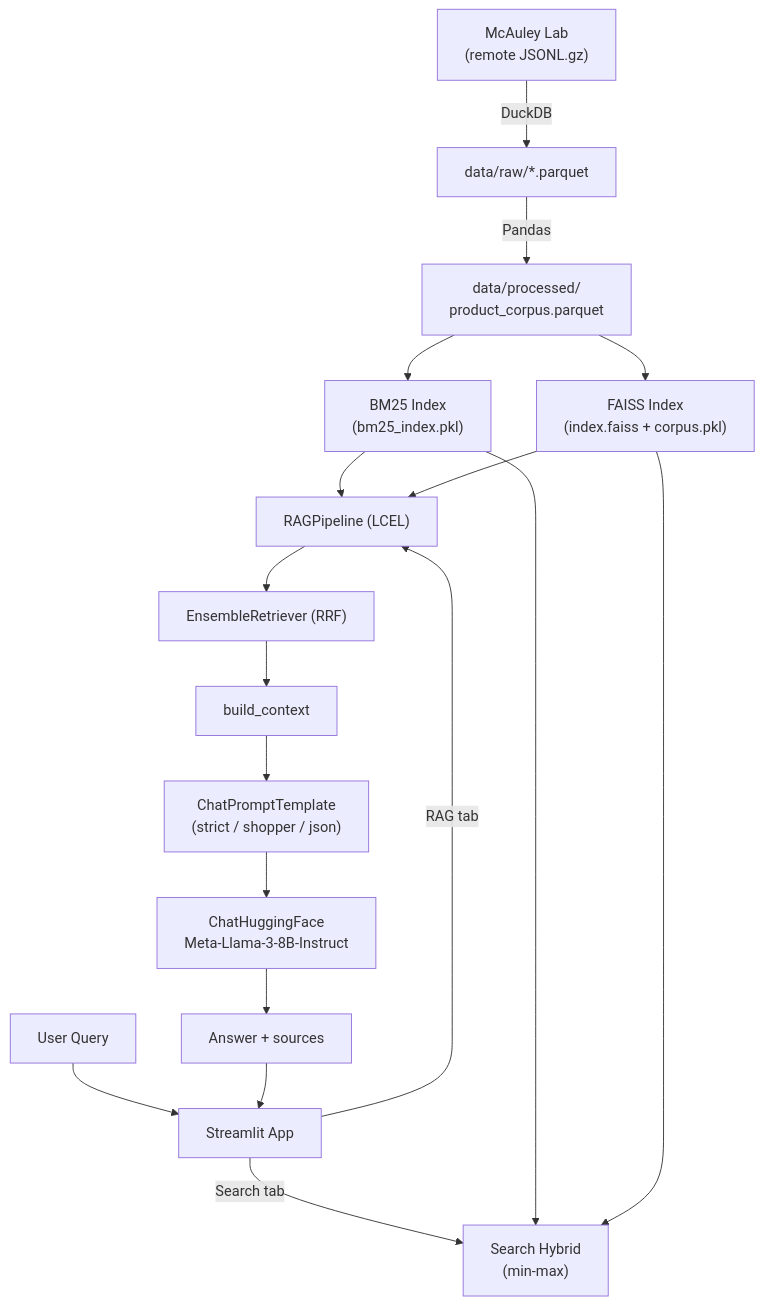
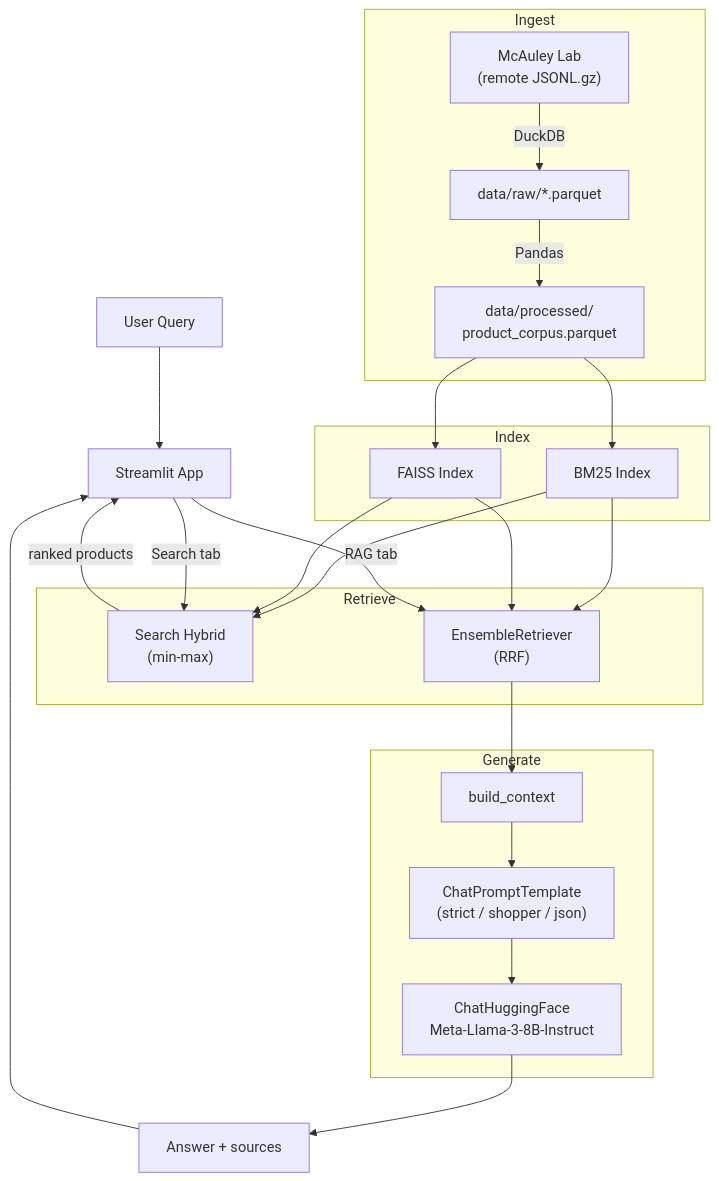
The diagram in README.md (UBC-MDS/DSCI_575_project_willchh_jiromig), drawn with Mermaid before and after one commit.

Commit message:
docs: improve RAG workflow diagram with stage subgraphs
Group nodes into Ingest / Index / Retrieve / Generate subgraphs matching
the four-stage pipeline described in the README prose. Replace the
spurious RAGPipeline -> EnsembleRetriever step with EnsembleRetriever
feeding build_context directly (accurate to src/rag_pipeline.py). Add
explicit return edge for the Search tab and switch \n to <br/> for
wider renderer compatibility.

````diff
--- a/README.md
+++ b/README.md
@@ -24,20 +24,39 @@
 ```mermaid
 flowchart TD
-    A["McAuley Lab\n(remote JSONL.gz)"] -->|DuckDB| B["data/raw/*.parquet"]
-    B -->|Pandas| C["data/processed/\nproduct_corpus.parquet"]
-    C --> D["BM25 Index\n(bm25_index.pkl)"]
-    C --> E["FAISS Index\n(index.faiss + corpus.pkl)"]
     F["User Query"] --> G["Streamlit App"]
-    G -->|Search tab| Hybrid["Search Hybrid\n(min-max)"]
-    G -->|RAG tab| RP["RAGPipeline (LCEL)"]
-    D --> RP
-    E --> RP
+
+    subgraph Ingest
+        A["McAuley Lab<br/>(remote JSONL.gz)"] -->|DuckDB| B["data/raw/*.parquet"]
+        B -->|Pandas| C["data/processed/<br/>product_corpus.parquet"]
+    end
+
+    subgraph Index
+        D["BM25 Index"]
+        E["FAISS Index"]
+    end
+
+    subgraph Retrieve
+        Hybrid["Search Hybrid<br/>(min-max)"]
+        Ens["EnsembleRetriever<br/>(RRF)"]
+    end
+
+    subgraph Generate
+        Ctx["build_context"] --> Tmpl["ChatPromptTemplate<br/>(strict / shopper / json)"]
+        Tmpl --> LLM["ChatHuggingFace<br/>Meta-Llama-3-8B-Instruct"]
+    end
+
+    C --> D
+    C --> E
     D --> Hybrid
     E --> Hybrid
-    RP --> Ens["EnsembleRetriever (RRF)"]
-    Ens --> Ctx["build_context"]
-    Ctx --> Tmpl["ChatPromptTemplate\n(strict / shopper / json)"]
-    Tmpl --> LLM["ChatHuggingFace\nMeta-Llama-3-8B-Instruct"]
+    D --> Ens
+    E --> Ens
+
+    G -->|Search tab| Hybrid
+    G -->|RAG tab| Ens
+    Ens --> Ctx
     LLM --> Ans["Answer + sources"]
+
+    Hybrid -->|ranked products| G
     Ans --> G
 ```
````
